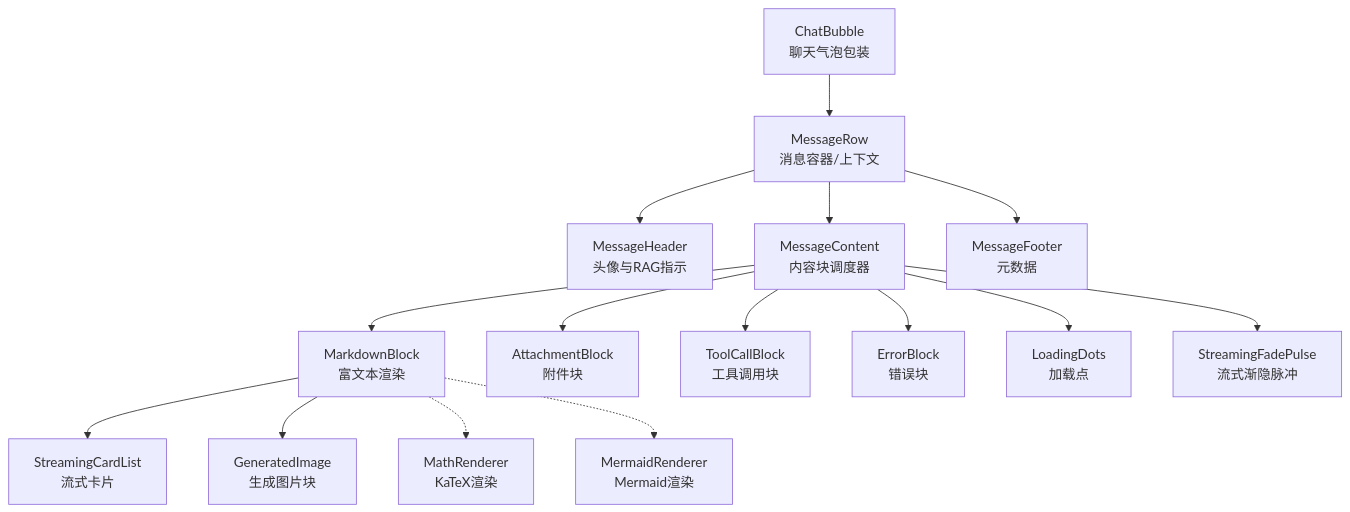
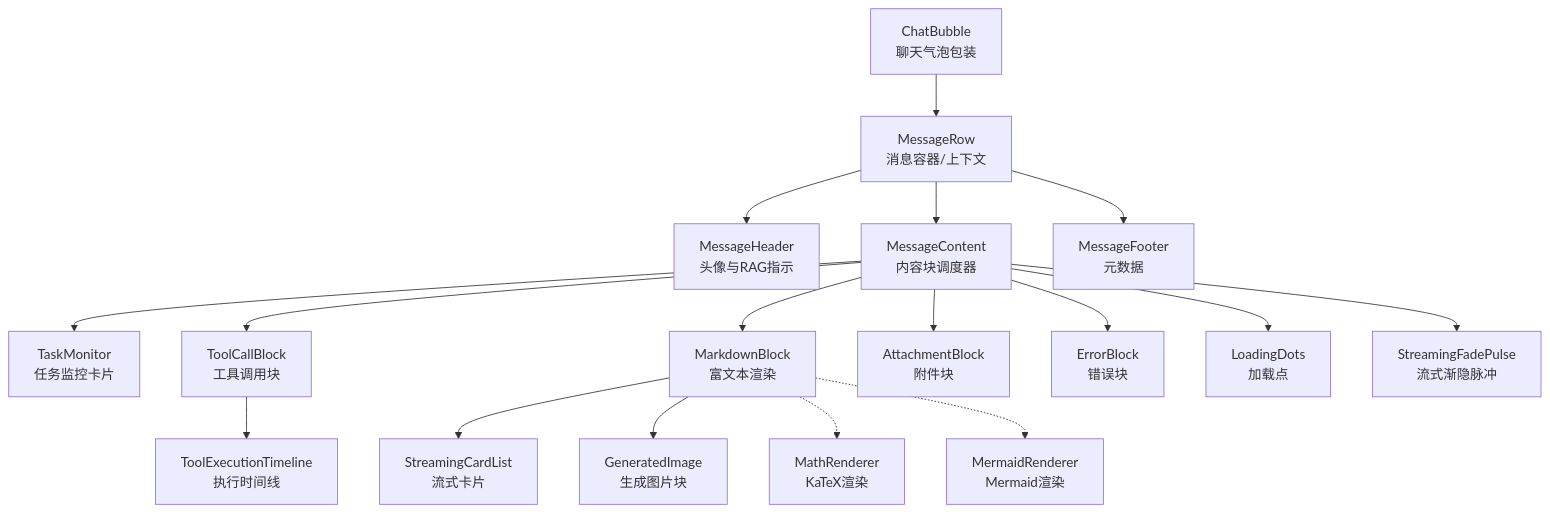
One commit to NarcisWL/Nexara changed the first of 9 diagrams in .qoder/repowiki/zh/content/UI组件系统/聊天组件.md. Above: the diagram before and after it, drawn with Mermaid. The commit also changed other lines of this file and 4 other files, not shown here.

````diff
--- a/.qoder/repowiki/zh/content/UI组件系统/聊天组件.md
+++ b/.qoder/repowiki/zh/content/UI组件系统/聊天组件.md
@@ -50,17 +56,19 @@
 ```mermaid
 graph TB
 ChatBubble["ChatBubble<br/>聊天气泡包装"] --> MessageRow["MessageRow<br/>消息容器/上下文"]
 MessageRow --> MessageHeader["MessageHeader<br/>头像与RAG指示"]
 MessageRow --> MessageContent["MessageContent<br/>内容块调度器"]
 MessageRow --> MessageFooter["MessageFooter<br/>元数据"]
+MessageContent --> TaskMonitor["TaskMonitor<br/>任务监控卡片"]
+MessageContent --> ToolCallBlock["ToolCallBlock<br/>工具调用块"]
+ToolCallBlock --> ToolExecutionTimeline["ToolExecutionTimeline<br/>执行时间线"]
 MessageContent --> MarkdownBlock["MarkdownBlock<br/>富文本渲染"]
 MarkdownBlock --> StreamingCardList["StreamingCardList<br/>流式卡片"]
 MarkdownBlock --> GeneratedImage["GeneratedImage<br/>生成图片块"]
 MessageContent --> AttachmentBlock["AttachmentBlock<br/>附件块"]
-MessageContent --> ToolCallBlock["ToolCallBlock<br/>工具调用块"]
 MessageContent --> ErrorBlock["ErrorBlock<br/>错误块"]
 MessageContent --> LoadingDots["LoadingDots<br/>加载点"]
 MessageContent --> StreamingFadePulse["StreamingFadePulse<br/>流式渐隐脉冲"]
 MarkdownBlock -.-> MathRenderer["MathRenderer<br/>KaTeX渲染"]
 MarkdownBlock -.-> MermaidRenderer["MermaidRenderer<br/>Mermaid渲染"]
 ```
````
